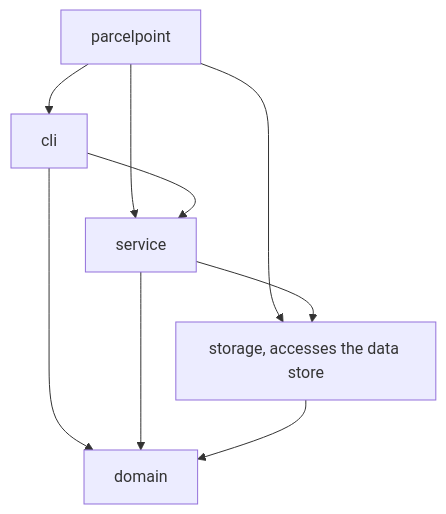
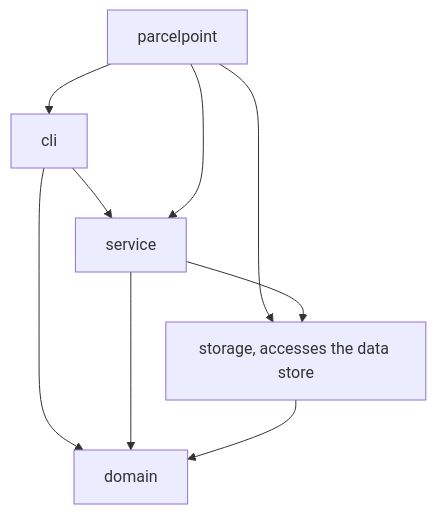
One commit to JirathiwatSun/itcs382-h2-lab changed the first of 3 diagrams in LAB_REPORT.md. Above: the diagram before and after it, drawn with Mermaid. The commit also changed other lines of this file, not shown here.

Commit message:
Put Part A diagrams in the lab sheet form

````diff
--- a/LAB_REPORT.md
+++ b/LAB_REPORT.md
@@ -100,16 +100,16 @@
 ```mermaid
 flowchart TB
     parcelpoint
     cli
     service
     domain
     storage["storage, accesses the data store"]
+    cli --> service
+    cli --> domain
     parcelpoint --> cli
     parcelpoint --> service
     parcelpoint --> storage
-    cli --> service
-    cli --> domain
     service --> domain
     service --> storage
     storage --> domain
 ```
````
